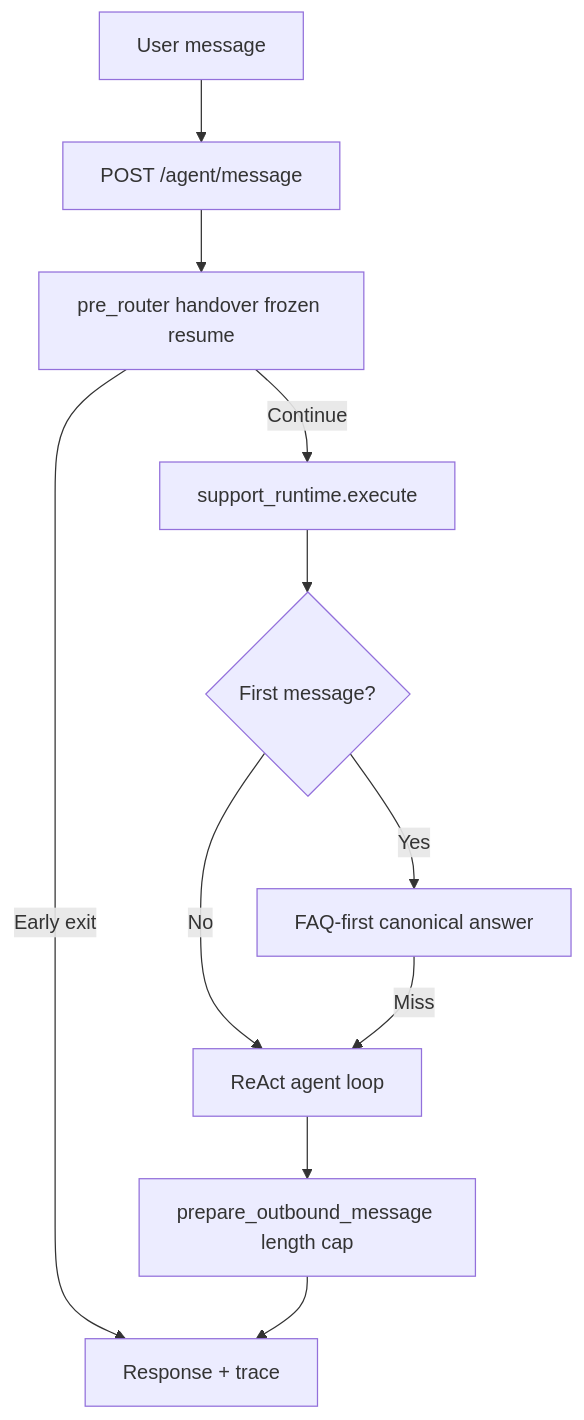
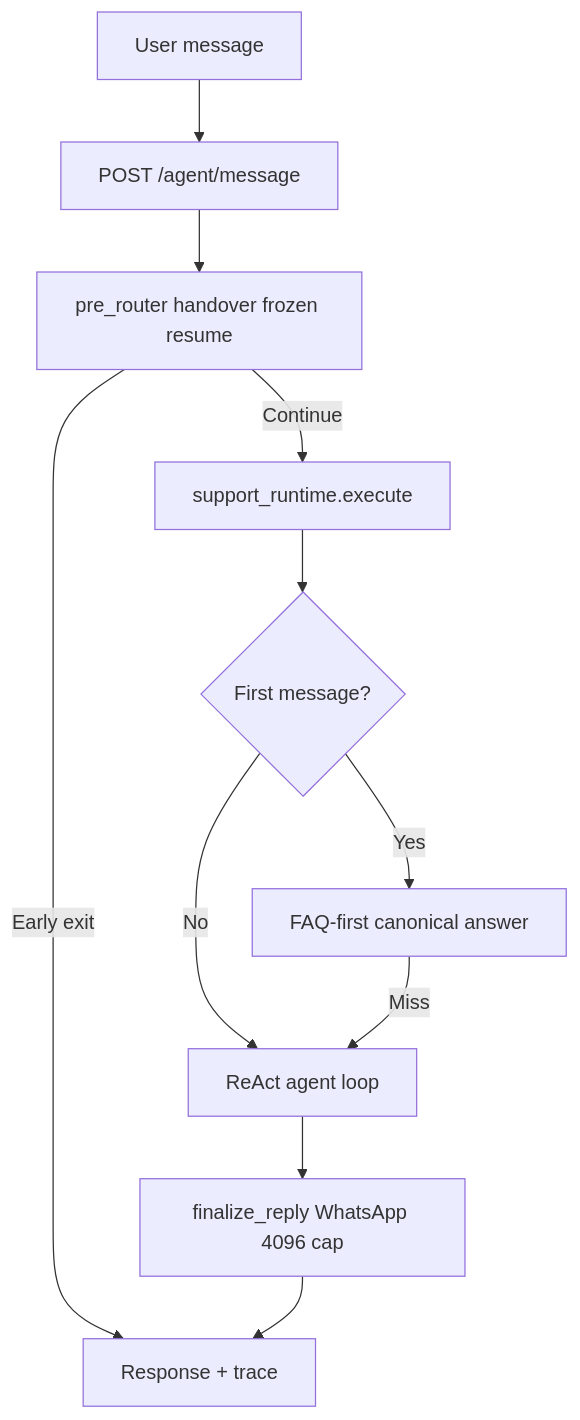
Before and after one commit to kommuai/kai: the diagram in README.md, drawn with Mermaid. The commit also changed other lines of this file and 136 other files, not shown here.

````diff
--- a/README.md
+++ b/README.md
@@ -236,13 +251,13 @@
 ```mermaid
 flowchart TD
     A[User message] --> B[POST /agent/message]
     B --> C[pre_router handover frozen resume]
     C -->|Early exit| D[Response + trace]
     C -->|Continue| E[support_runtime.execute]
     E --> F{First message?}
     F -->|Yes| G[FAQ-first canonical answer]
     F -->|No| H[ReAct agent loop]
     G -->|Miss| H
-    H --> I[prepare_outbound_message length cap]
+    H --> I[finalize_reply WhatsApp 4096 cap]
     I --> D
 ```
````
